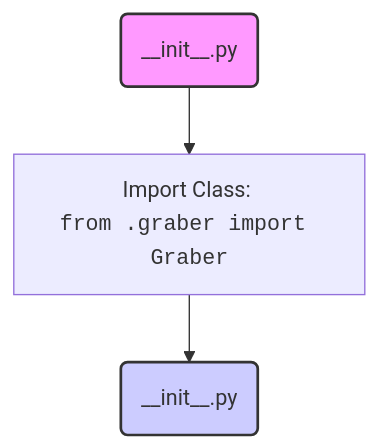
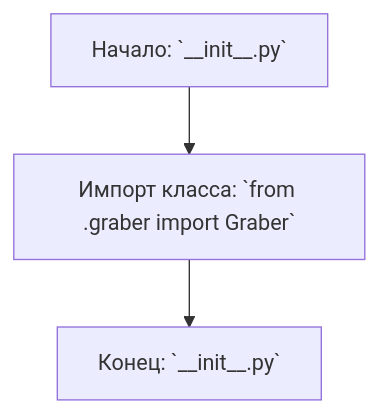
Before and after one commit to hypo69/hypo: the diagram in docs/gemini/ru/explainer/src/suppliers/wallashop/__init__.py.md, drawn with Mermaid. The commit also changed other lines of this file and 1505 other files, not shown here.

````diff
--- a/docs/gemini/ru/explainer/src/suppliers/wallashop/__init__.py.md
+++ b/docs/gemini/ru/explainer/src/suppliers/wallashop/__init__.py.md
@@ -12,9 +13,5 @@
 ```mermaid
 flowchart TD
-    Start(__init__.py) --> ImportGraber[Import Class: <br><code>from .graber import Graber</code>];
-    ImportGraber --> End(__init__.py);
-    
-    style Start fill:#f9f,stroke:#333,stroke-width:2px
-    style End fill:#ccf,stroke:#333,stroke-width:2px
-
+    Start[Начало: `__init__.py`] --> ImportGraber[Импорт класса: `from .graber import Graber`]
+    ImportGraber --> End[Конец: `__init__.py`]
 ```
````
